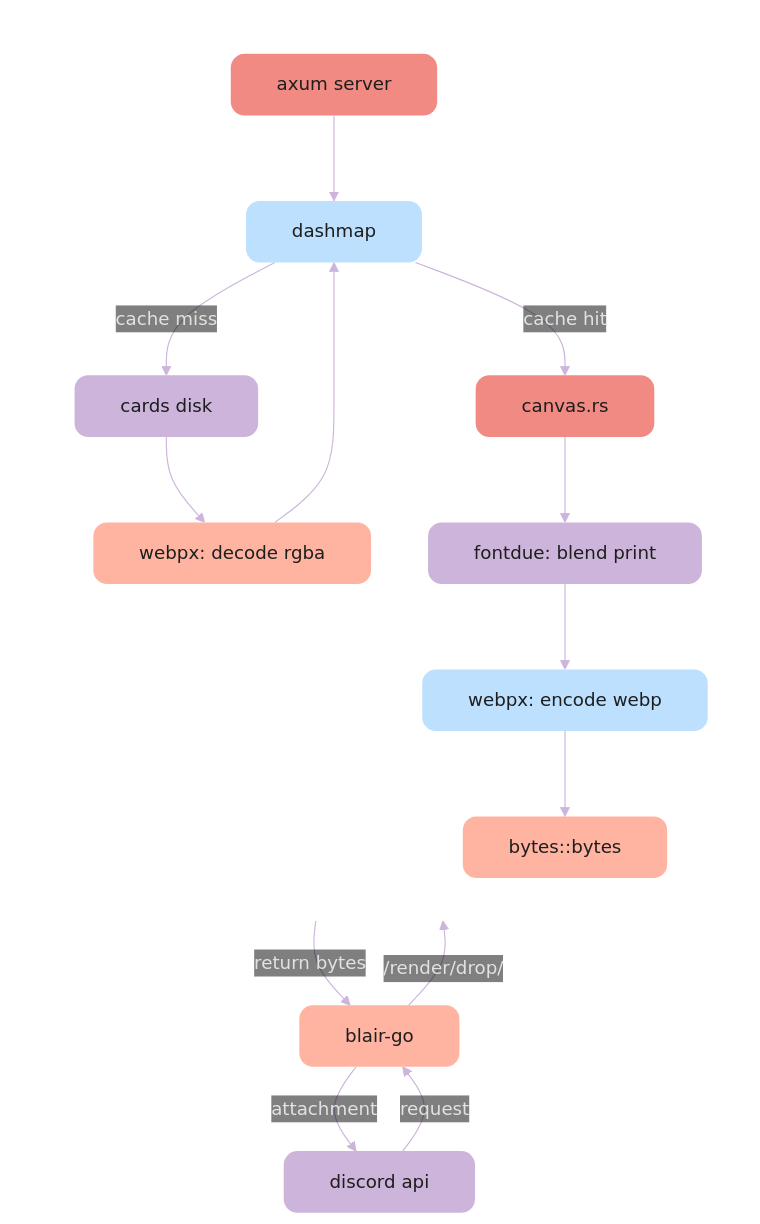
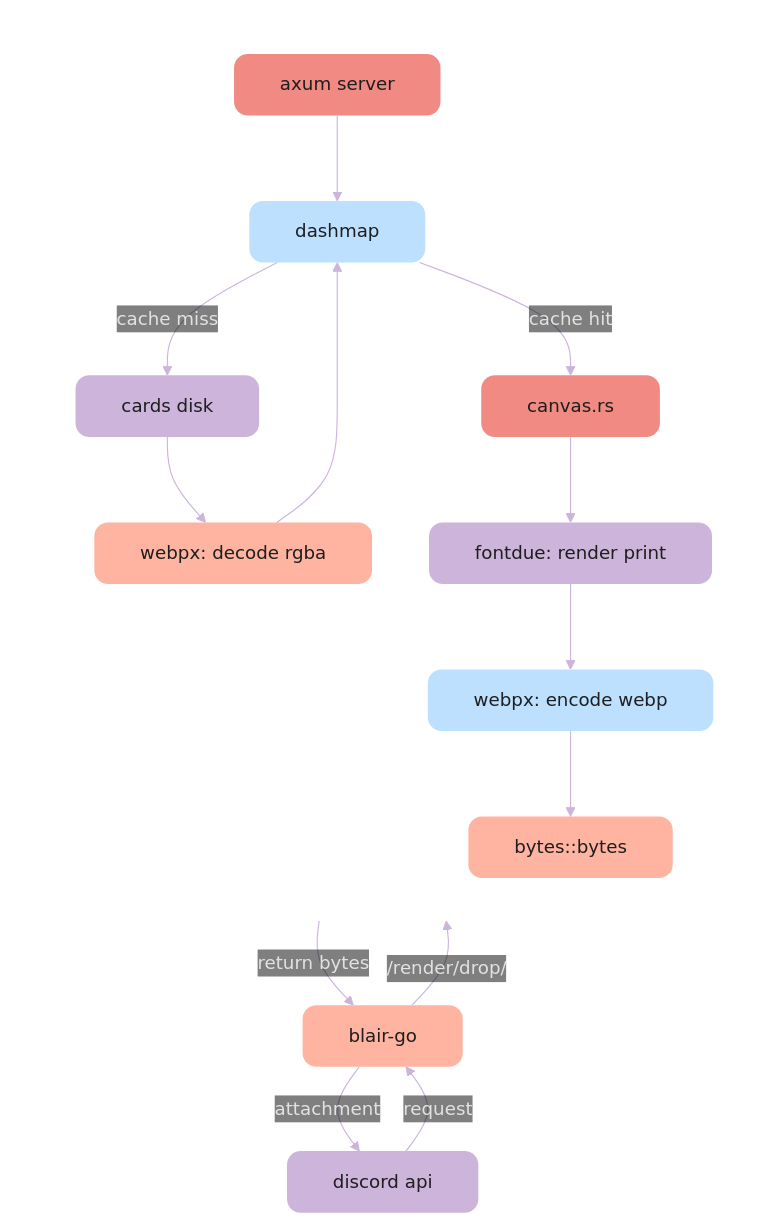
The diagram in README.md (clarinep/sumi), drawn with Mermaid before and after one commit.

````diff
--- a/README.md
+++ b/README.md
@@ -55,57 +55,57 @@
 ```mermaid
 ---
 config:
   theme: base
   themeVariables:
     background: "transparent"
     clusterBkg: "transparent"
     clusterBorder: "transparent"
     lineColor: "#cdb4db"
     primaryTextColor: "#e2e2e2"
     edgeLabelBackground: "transparent"
     fontFamily: "ui-sans-serif, system-ui, sans-serif"
   padding: 30
   flowchart:
     curve: basis
 ---
 flowchart TD
     discord["&nbsp;&nbsp;discord api&nbsp;&nbsp;"]
     blair["&nbsp;&nbsp;blair-go&nbsp;&nbsp;"]
 
     subgraph sumi[" "]
         direction TB
         server["&nbsp;&nbsp;axum server&nbsp;&nbsp;"]
         cache["&nbsp;&nbsp;dashmap&nbsp;&nbsp;"]
         disk["&nbsp;&nbsp;cards disk&nbsp;&nbsp;"]
         decode["&nbsp;&nbsp;webpx: decode rgba&nbsp;&nbsp;"]
         canvas["&nbsp;&nbsp;canvas.rs&nbsp;&nbsp;"]
-        fontdue["&nbsp;&nbsp;fontdue: blend print&nbsp;&nbsp;"]
+        fontdue["&nbsp;&nbsp;fontdue: render print&nbsp;&nbsp;"]
         encode["&nbsp;&nbsp;webpx: encode webp&nbsp;&nbsp;"]
         output["&nbsp;&nbsp;bytes::bytes&nbsp;&nbsp;"]
     end
 
     discord -- request --> blair
     blair -- /render/drop/ --> server
 
     server --> cache
     cache -- cache miss --> disk
     disk --> decode
     decode --> cache
     cache -- cache hit --> canvas
     canvas --> fontdue
     fontdue --> encode
     encode --> output
 
     output -- return bytes --> blair
     blair -- attachment --> discord
 
     classDef base fill:#cdb4db,stroke:none,color:#1e1e1e,rx:12,ry:12
     classDef peach fill:#ffb4a2,stroke:none,color:#1e1e1e,rx:12,ry:12
     classDef coral fill:#f18a83,stroke:none,color:#1e1e1e,rx:12,ry:12
     classDef blue fill:#bde0fe,stroke:none,color:#1e1e1e,rx:12,ry:12
 
     class discord,disk,fontdue base
     class blair,decode,output peach
     class server,canvas coral
     class cache,encode blue
 ```
````
